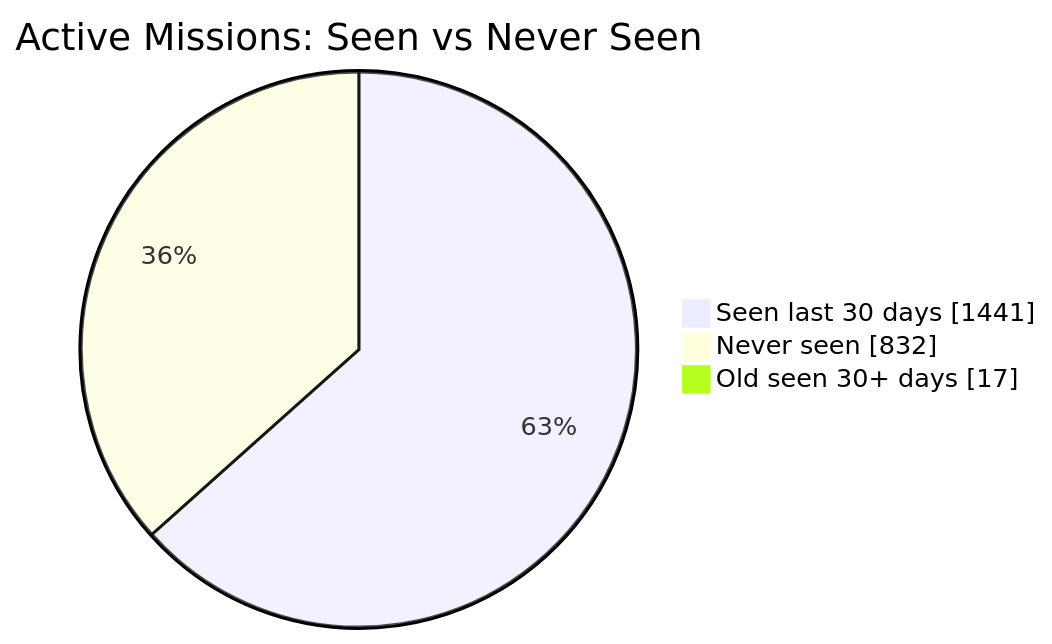
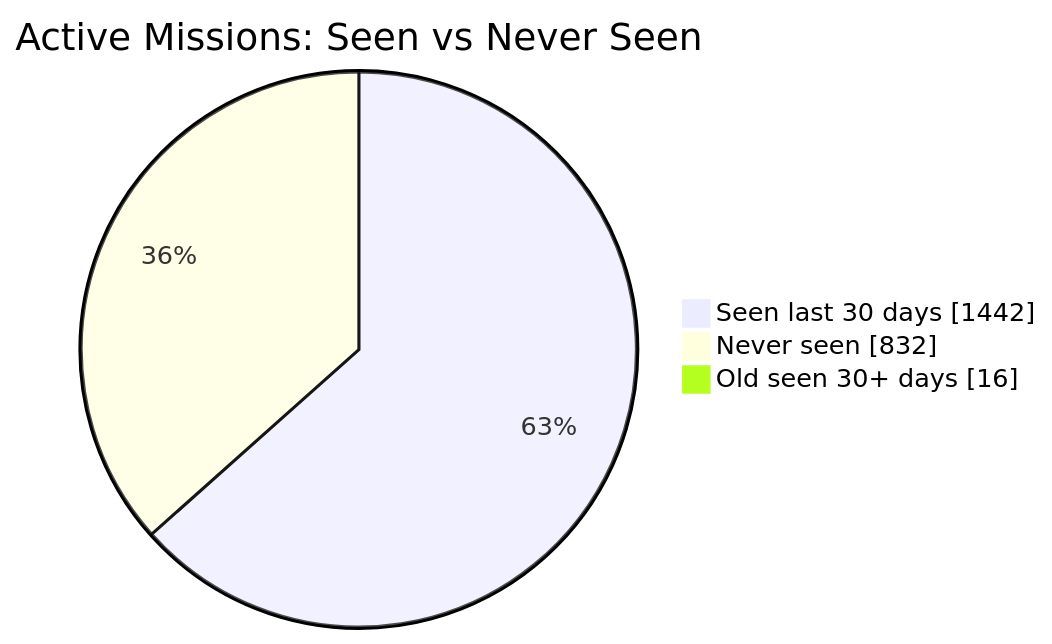
The first of 2 diagrams in README.md (MeldkamerspelGameTeam/active-missions), drawn with Mermaid before and after one commit. The commit also changed other lines of this file and 3 other files, not shown here.

````diff
--- a/README.md
+++ b/README.md
@@ -34,7 +34,7 @@
 ```mermaid
 pie showData
     title Active Missions: Seen vs Never Seen
-    "Seen last 30 days" : 1441
+    "Seen last 30 days" : 1442
     "Never seen" : 832
-    "Old seen 30+ days" : 17
+    "Old seen 30+ days" : 16
 ```
````
